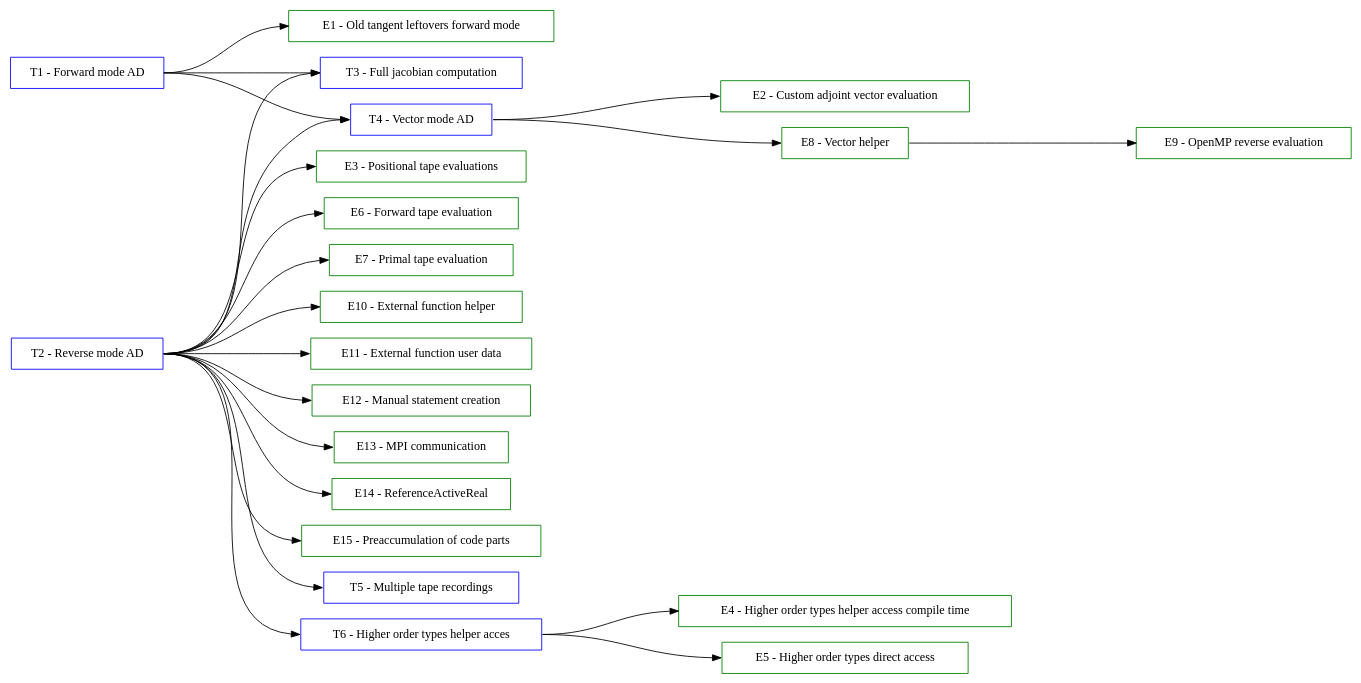
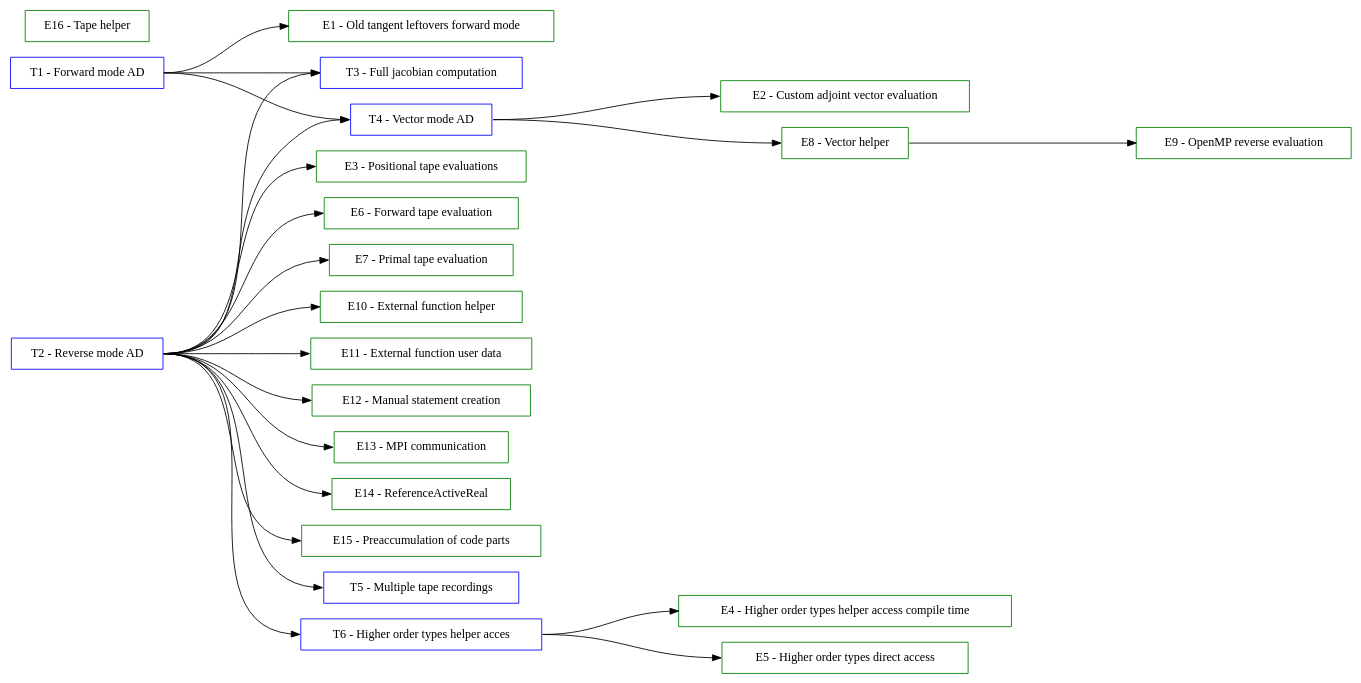
The diagram in documentation/user/TutorialsGraph.dot (SciCompKL/CoDiPack), drawn with Graphviz before and after one commit. The commit also changed 9 other files, not shown here.

Commit message:
TapeHelper documentation.

```diff
--- a/documentation/user/TutorialsGraph.dot
+++ b/documentation/user/TutorialsGraph.dot
@@ -1,73 +1,75 @@
 digraph Tutorials {
   rankdir=LR;
   ranksep=2;
 
   // Tutorial nodes
   node [shape=box color=blue];
   T01 [label="T1 - Forward mode AD"];
 
   T02 [label="T2 - Reverse mode AD"];
 
   T03 [label="T3 - Full jacobian computation"];
 
   T04 [label="T4 - Vector mode AD"];
 
   T05 [label="T5 - Multiple tape recordings"];
 
   T06 [label="T6 - Higher order types helper acces"];
 
   // Example nodes
   node [shape=box color=green];
   E01 [label="E1 - Old tangent leftovers forward mode"];
 
   E02 [label="E2 - Custom adjoint vector evaluation"];
 
   E03 [label="E3 - Positional tape evaluations"];
 
   E04 [label="E4 - Higher order types helper access compile time"];
 
   E05 [label="E5 - Higher order types direct access"];
 
   E06 [label="E6 - Forward tape evaluation"];
 
   E07 [label="E7 - Primal tape evaluation"];
 
   E08 [label="E8 - Vector helper"];
 
   E09 [label="E9 - OpenMP reverse evaluation"];
 
   E10 [label="E10 - External function helper"];
 
   E11 [label="E11 - External function user data"];
 
   E12 [label="E12 - Manual statement creation"];
 
   E13 [label="E13 - MPI communication"];
 
   E14 [label="E14 - ReferenceActiveReal"];
 
   E15 [label="E15 - Preaccumulation of code parts"];
 
+  E16 [label="E16 - Tape helper"];
+
   // Edges (sorted)
   E08:e -> E09:w;
   T01:e -> E01:w;
   T01:e -> T03:w;
   T01:e -> T04:w;
   T02:e -> E03:w;
   T02:e -> E06:w;
   T02:e -> E07:w;
   T02:e -> E10:w;
   T02:e -> E11:w;
   T02:e -> E12:w;
   T02:e -> E13:w;
   T02:e -> E14:w;
   T02:e -> E15:w;
   T02:e -> T03:w;
   T02:e -> T04:w;
   T02:e -> T05:w;
   T02:e -> T06:w;
   T04:e -> E02:w;
   T04:e -> E08:w;
   T06:e -> E04:w;
   T06:e -> E05:w;
 }
```
